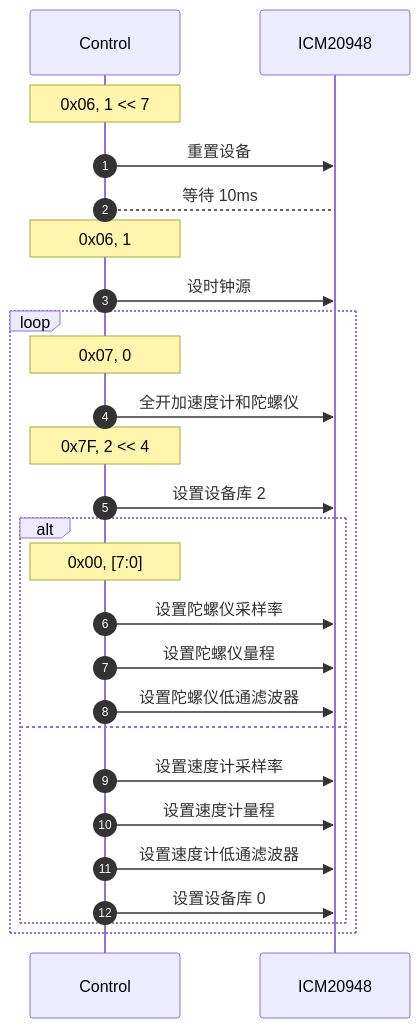
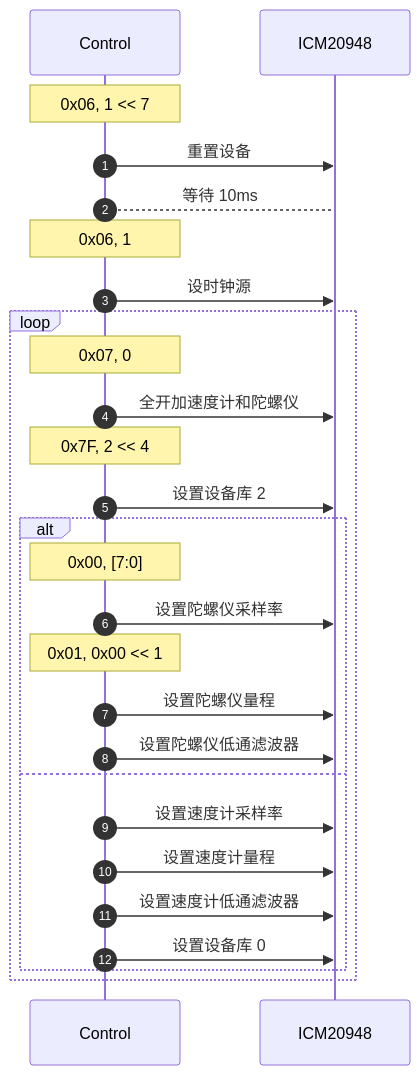
The second of 3 diagrams in _posts/2025-04-06-mdchart.md (hkdickyko/hkdickyko.github.io), drawn with Mermaid before and after one commit. The commit also changed other lines of this file, not shown here.

```diff
--- a/_posts/2025-04-06-mdchart.md
+++ b/_posts/2025-04-06-mdchart.md
@@ -145,28 +145,29 @@
 <div class="mermaid">
 sequenceDiagram;
    autonumber;
    participant C as Control;
    participant I as ICM20948;
    note over C: 0x06, 1 << 7;
    C->>I: 重置设备;
    C-->I: 等待 10ms
    note over C: 0x06, 1;
    C->>I: 设时钟源;
    loop;
    note over C: 0x07, 0;
    C->>I: 全开加速度计和陀螺仪;
    note over C: 0x7F, 2 << 4;
    C->>I: 设置设备库 2;
    alt;
    note over C: 0x00, [7:0];
    C->>I: 设置陀螺仪采样率;
+   note over C: 0x01, 0x00 << 1;
    C->>I: 设置陀螺仪量程;
    C->>I: 设置陀螺仪低通滤波器;
    else;
    C->>I: 设置速度计采样率;
    C->>I: 设置速度计量程;
    C->>I: 设置速度计低通滤波器;
    C->>I: 设置设备库 0;
    end
    end
 </div>
```
